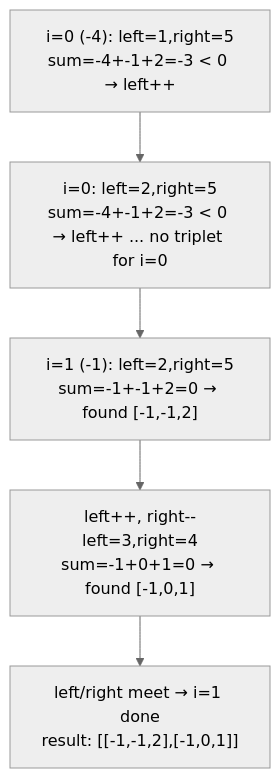
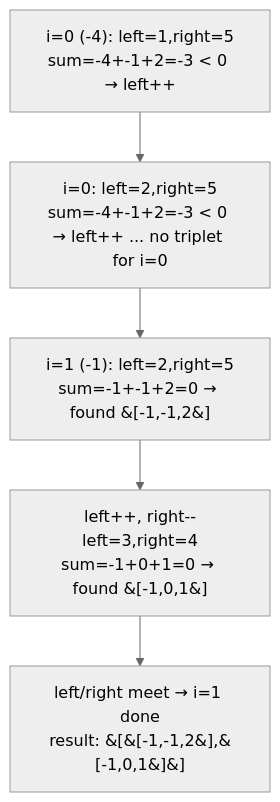
One commit to Aryan-Jadon18/dsa-placement-prep changed the diagram in topics/02-two-pointers/03-3sum/README.md. Above: the diagram before and after it, drawn with Mermaid (neutral theme). The commit also changed 52 other files, not shown here.

First line of the commit message:
Fix Mermaid diagrams not rendering on GitHub

````diff
--- a/topics/02-two-pointers/03-3sum/README.md
+++ b/topics/02-two-pointers/03-3sum/README.md
@@ -43,7 +43,7 @@
 ```mermaid
 flowchart TD
     A["i=0 (-4): left=1,right=5<br/>sum=-4+-1+2=-3 < 0 → left++"] --> B["i=0: left=2,right=5<br/>sum=-4+-1+2=-3 < 0 → left++ ... no triplet for i=0"]
-    B --> C["i=1 (-1): left=2,right=5<br/>sum=-1+-1+2=0 → found [-1,-1,2]"]
-    C --> D["left++, right--<br/>left=3,right=4<br/>sum=-1+0+1=0 → found [-1,0,1]"]
-    D --> E["left/right meet → i=1 done<br/>result: [[-1,-1,2],[-1,0,1]]"]
+    B --> C["i=1 (-1): left=2,right=5<br/>sum=-1+-1+2=0 → found &#91;-1,-1,2&#93;"]
+    C --> D["left++, right--<br/>left=3,right=4<br/>sum=-1+0+1=0 → found &#91;-1,0,1&#93;"]
+    D --> E["left/right meet → i=1 done<br/>result: &#91;&#91;-1,-1,2&#93;,&#91;-1,0,1&#93;&#93;"]
 ```
````
